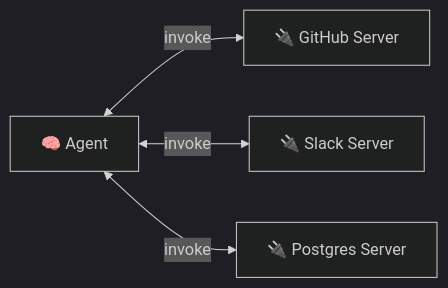
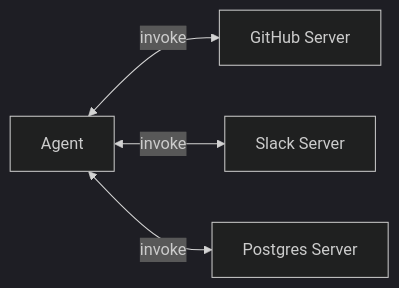
One commit to agenticloops-ai/agentic-ai-engineering changed the fifth of 8 diagrams in 01-foundations/workshop.md. Above: the diagram before and after it, drawn with Mermaid (dark theme). The commit also changed other lines of this file, not shown here.

````diff
--- a/01-foundations/workshop.md
+++ b/01-foundations/workshop.md
@@ -359,6 +107,6 @@
 ```mermaid
 flowchart LR
-    A[🧠 Agent] <-->|invoke| S1[🔌 GitHub Server]
-    A <-->|invoke| S2[🔌 Slack Server]
-    A <-->|invoke| S3[🔌 Postgres Server]
+    A[Agent] <-->|invoke| S1[GitHub Server]
+    A <-->|invoke| S2[Slack Server]
+    A <-->|invoke| S3[Postgres Server]
 ```
````
